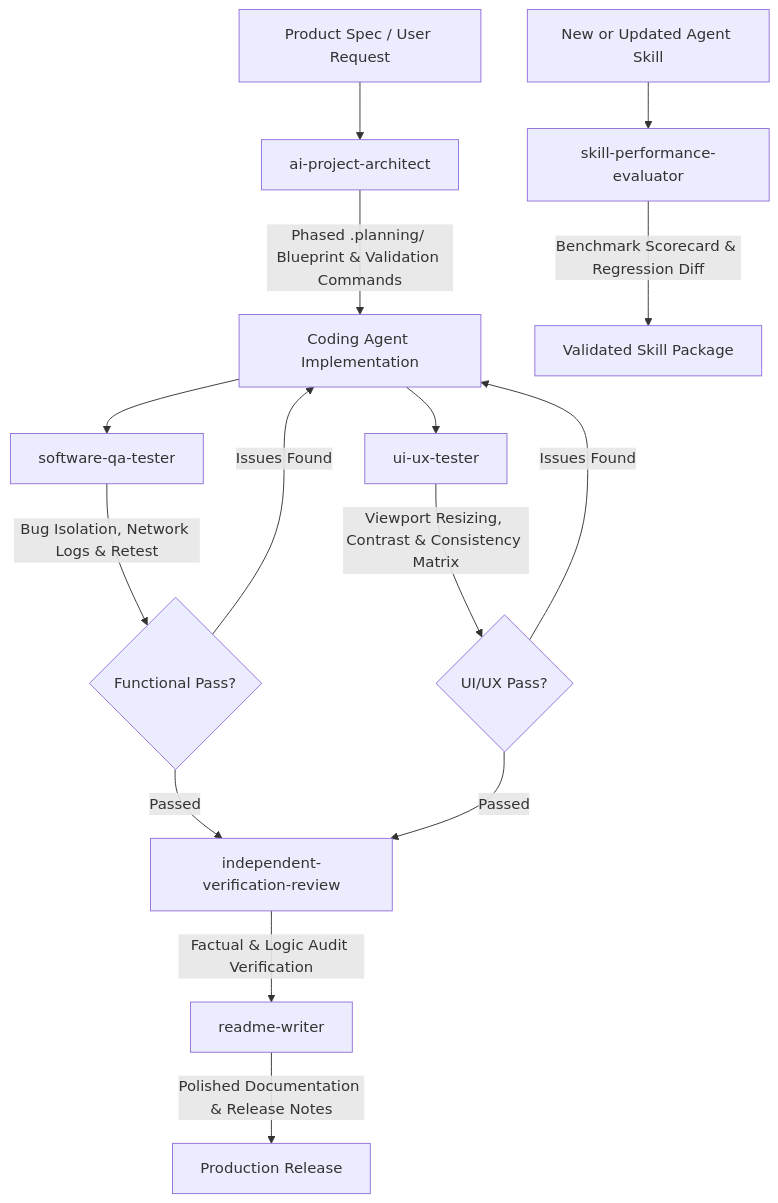
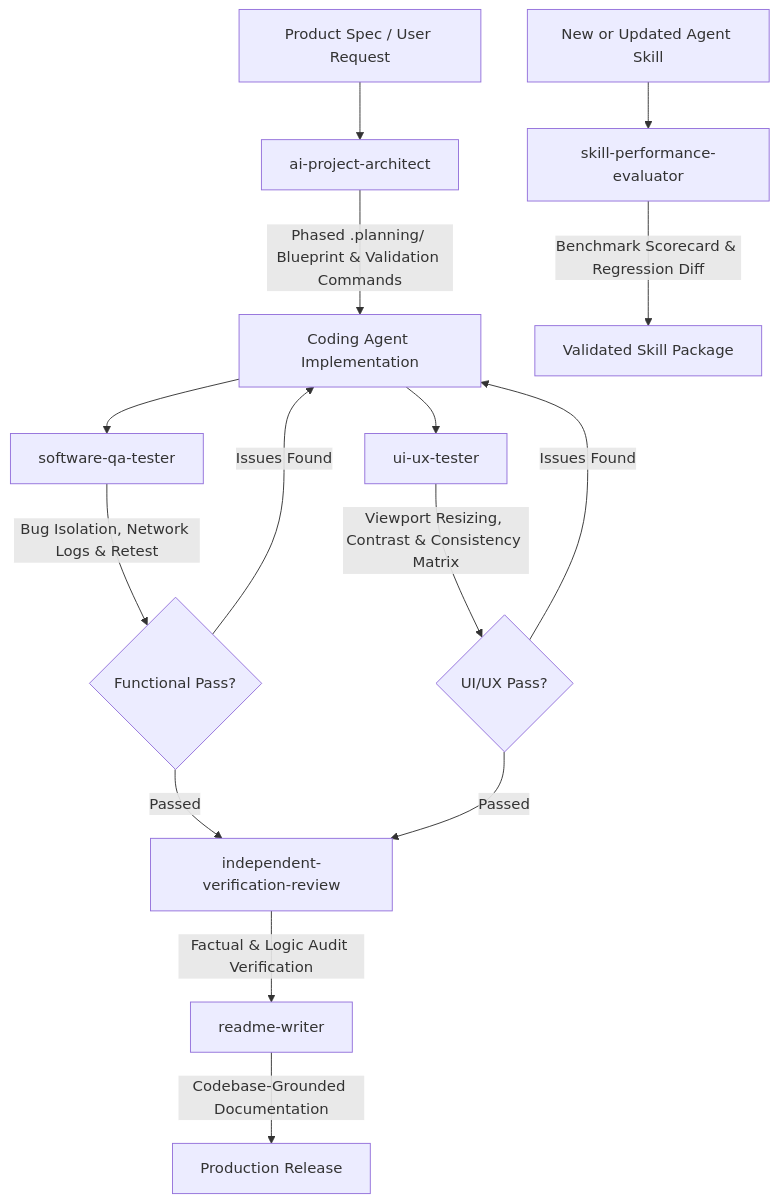
Before and after one commit to lingjw02/personal-used-skill-library: the first of 2 diagrams in README.md, drawn with Mermaid. The commit also changed other lines of this file, not shown here.

````diff
--- a/README.md
+++ b/README.md
@@ -87,23 +92,23 @@
 ```mermaid
 flowchart TD
     A[Product Spec / User Request] --> B[ai-project-architect]
     B -->|Phased .planning/ Blueprint & Validation Commands| C[Coding Agent Implementation]
     
     C --> D[software-qa-tester]
     C --> E[ui-ux-tester]
     
     D -->|Bug Isolation, Network Logs & Retest| F{Functional Pass?}
     E -->|Viewport Resizing, Contrast & Consistency Matrix| G{UI/UX Pass?}
     
     F -- Issues Found --> C
     G -- Issues Found --> C
     
     F -- Passed --> H[independent-verification-review]
     G -- Passed --> H
     
     H -->|Factual & Logic Audit Verification| I[readme-writer]
-    I -->|Polished Documentation & Release Notes| J[Production Release]
+    I -->|Codebase-Grounded Documentation| J[Production Release]
     
     K[New or Updated Agent Skill] --> L[skill-performance-evaluator]
     L -->|Benchmark Scorecard & Regression Diff| M[Validated Skill Package]
 ```
````
